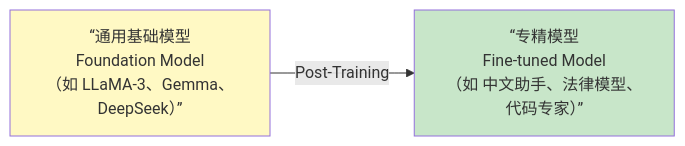
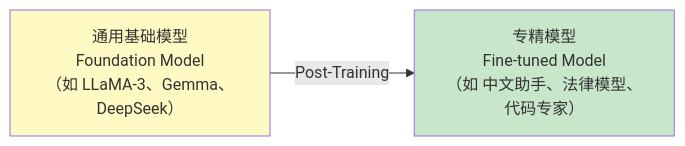
Before and after one commit to TingdeLiu/tingdeliu.github.io: the fifth of 28 diagrams in _posts/research/2026-02-06-LLM-Training-Survey.md, drawn with Mermaid. The commit also changed other lines of this file and 1 other file, not shown here.

First line of the commit message:
docs: improve LLM training survey structure and technical accuracy

````diff
--- a/_posts/research/2026-02-06-LLM-Training-Survey.md
+++ b/_posts/research/2026-02-06-LLM-Training-Survey.md
@@ -1935,8 +1814,8 @@
 ```mermaid
 flowchart LR
-    A[“通用基础模型<br/>Foundation Model<br/>（如 LLaMA-3、Gemma、DeepSeek）”]
-    -->|Post-Training| B[“专精模型<br/>Fine-tuned Model<br/>（如 中文助手、法律模型、代码专家）”]
+    A["通用基础模型<br/>Foundation Model<br/>（如 LLaMA-3、Gemma、DeepSeek）"]
+    -->|Post-Training| B["专精模型<br/>Fine-tuned Model<br/>（如 中文助手、法律模型、代码专家）"]
 
     style A fill:#fff9c4
     style B fill:#c8e6c9
 ```
````
